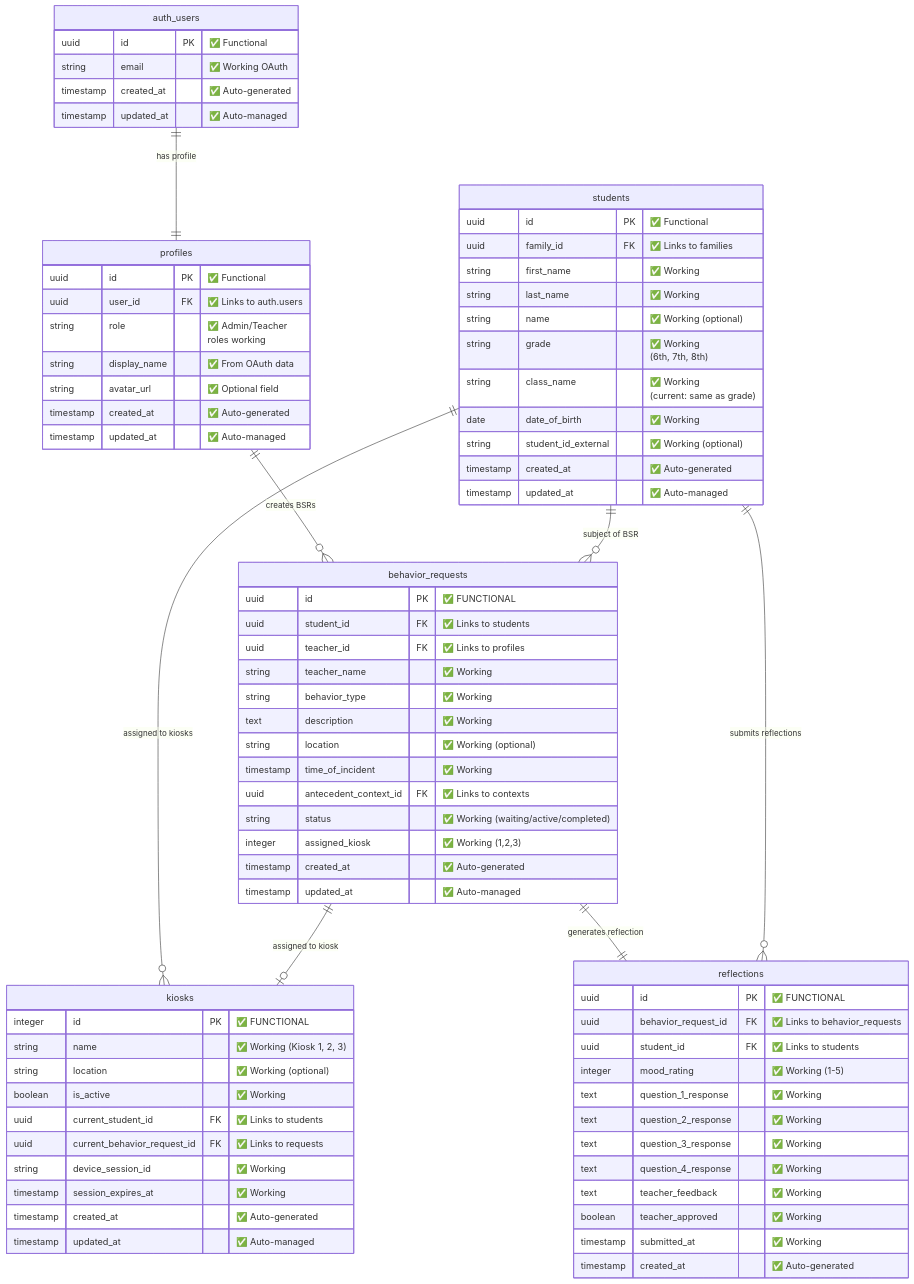
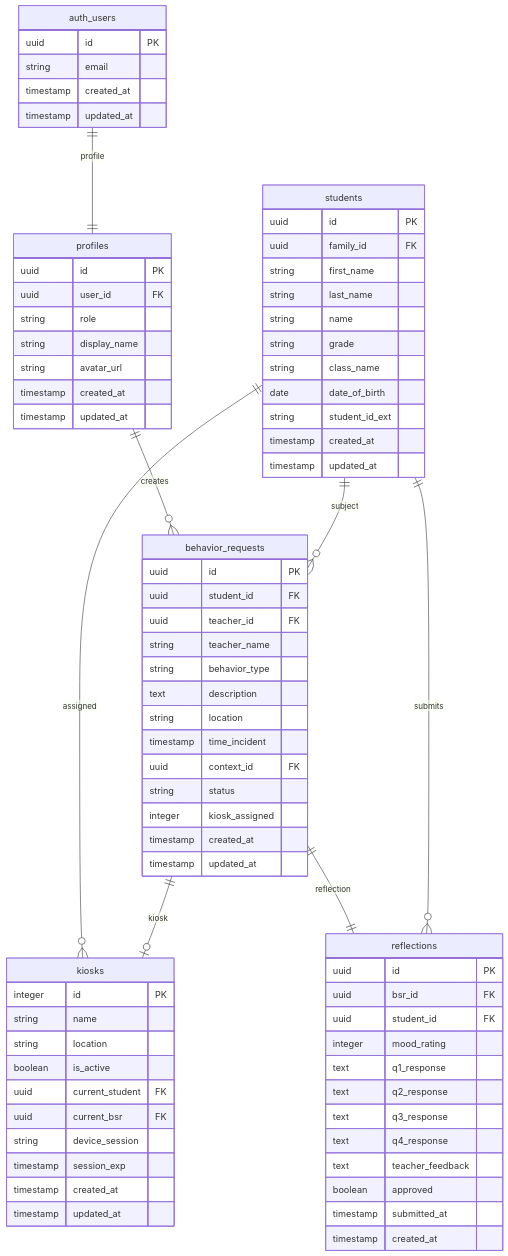
One commit to Splurfa/bx-os changed the first of 4 diagrams in docs/flowcharts/Current-State/03-current-database-schema.md. Above: the diagram before and after it, drawn with Mermaid. The commit also changed other lines of this file and 6 other files, not shown here.

Commit message:
Fix Mermaid text cutoff with basic syntax

````diff
--- a/docs/flowcharts/Current-State/03-current-database-schema.md
+++ b/docs/flowcharts/Current-State/03-current-database-schema.md
@@ -9,85 +9,85 @@
 ```mermaid
 erDiagram
     auth_users {
-        uuid id PK "✅ Functional"
-        string email "✅ Working OAuth"
-        timestamp created_at "✅ Auto-generated"
-        timestamp updated_at "✅ Auto-managed"
+        uuid id PK
+        string email
+        timestamp created_at
+        timestamp updated_at
     }
     
     profiles {
-        uuid id PK "✅ Functional"
-        uuid user_id FK "✅ Links to auth.users"
-        string role "✅ Admin/Teacher<br/>roles working" 
-        string display_name "✅ From OAuth data"
-        string avatar_url "✅ Optional field"
-        timestamp created_at "✅ Auto-generated"
-        timestamp updated_at "✅ Auto-managed"
+        uuid id PK
+        uuid user_id FK
+        string role
+        string display_name
+        string avatar_url
+        timestamp created_at
+        timestamp updated_at
     }
     
     students {
-        uuid id PK "✅ Functional"
-        uuid family_id FK "✅ Links to families"
-        string first_name "✅ Working"
-        string last_name "✅ Working"
-        string name "✅ Working (optional)"
-        string grade "✅ Working<br/>(6th, 7th, 8th)"
-        string class_name "✅ Working<br/>(current: same as grade)"
-        date date_of_birth "✅ Working"
-        string student_id_external "✅ Working (optional)"
-        timestamp created_at "✅ Auto-generated"
-        timestamp updated_at "✅ Auto-managed"
+        uuid id PK
+        uuid family_id FK
+        string first_name
+        string last_name
+        string name
+        string grade
+        string class_name
+        date date_of_birth
+        string student_id_ext
+        timestamp created_at
+        timestamp updated_at
     }
     
     behavior_requests {
-        uuid id PK "✅ FUNCTIONAL"
-        uuid student_id FK "✅ Links to students"
-        uuid teacher_id FK "✅ Links to profiles"
-        string teacher_name "✅ Working"
-        string behavior_type "✅ Working"
-        text description "✅ Working"
-        string location "✅ Working (optional)"
-        timestamp time_of_incident "✅ Working"
-        uuid antecedent_context_id FK "✅ Links to contexts"
-        string status "✅ Working (waiting/active/completed)"
-        integer assigned_kiosk "✅ Working (1,2,3)"
-        timestamp created_at "✅ Auto-generated"
-        timestamp updated_at "✅ Auto-managed"
+        uuid id PK
+        uuid student_id FK
+        uuid teacher_id FK
+        string teacher_name
+        string behavior_type
+        text description
+        string location
+        timestamp time_incident
+        uuid context_id FK
+        string status
+        integer kiosk_assigned
+        timestamp created_at
+        timestamp updated_at
     }
     
     kiosks {
-        integer id PK "✅ FUNCTIONAL"
-        string name "✅ Working (Kiosk 1, 2, 3)"
-        string location "✅ Working (optional)"
-        boolean is_active "✅ Working"
-        uuid current_student_id FK "✅ Links to students"
-        uuid current_behavior_request_id FK "✅ Links to requests"
-        string device_session_id "✅ Working"
-        timestamp session_expires_at "✅ Working"
-        timestamp created_at "✅ Auto-generated"
-        timestamp updated_at "✅ Auto-managed"
+        integer id PK
+        string name
+        string location
+        boolean is_active
+        uuid current_student FK
+        uuid current_bsr FK
+        string device_session
+        timestamp session_exp
+        timestamp created_at
+        timestamp updated_at
     }
     
     reflections {
-        uuid id PK "✅ FUNCTIONAL"
-        uuid behavior_request_id FK "✅ Links to behavior_requests"
-        uuid student_id FK "✅ Links to students"
-        integer mood_rating "✅ Working (1-5)"
-        text question_1_response "✅ Working"
-        text question_2_response "✅ Working"
-        text question_3_response "✅ Working"
-        text question_4_response "✅ Working"
-        text teacher_feedback "✅ Working"
-        boolean teacher_approved "✅ Working"
-        timestamp submitted_at "✅ Working"
-        timestamp created_at "✅ Auto-generated"
+        uuid id PK
+        uuid bsr_id FK
+        uuid student_id FK
+        integer mood_rating
+        text q1_response
+        text q2_response
+        text q3_response
+        text q4_response
+        text teacher_feedback
+        boolean approved
+        timestamp submitted_at
+        timestamp created_at
     }
 
-    auth_users ||--|| profiles : "has profile"
-    profiles ||--o{ behavior_requests : "creates BSRs"
-    students ||--o{ behavior_requests : "subject of BSR"
-    students ||--o{ kiosks : "assigned to kiosks"
-    behavior_requests ||--o| kiosks : "assigned to kiosk"
-    behavior_requests ||--|| reflections : "generates reflection"
-    students ||--o{ reflections : "submits reflections"
+    auth_users ||--|| profiles : "profile"
+    profiles ||--o{ behavior_requests : "creates"
+    students ||--o{ behavior_requests : "subject"
+    students ||--o{ kiosks : "assigned"
+    behavior_requests ||--o| kiosks : "kiosk"
+    behavior_requests ||--|| reflections : "reflection"
+    students ||--o{ reflections : "submits"
 ```
````
